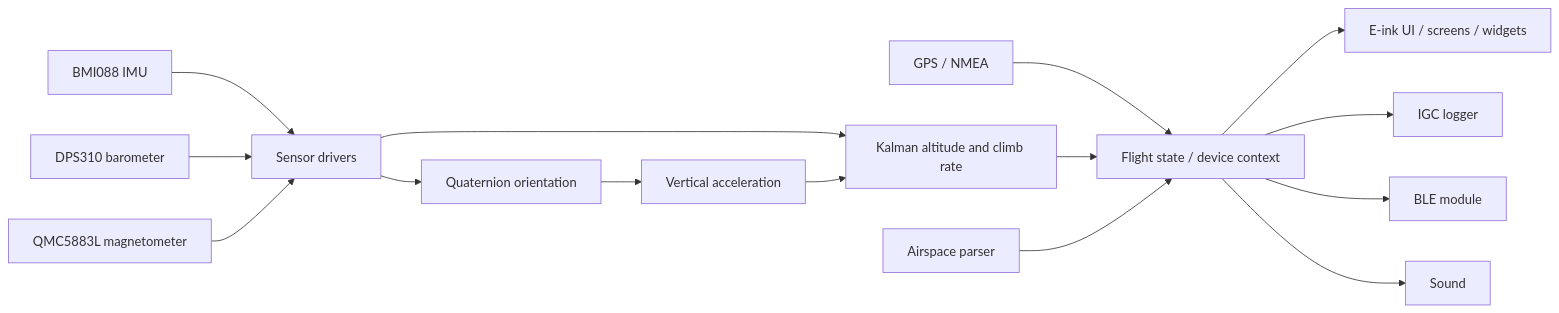
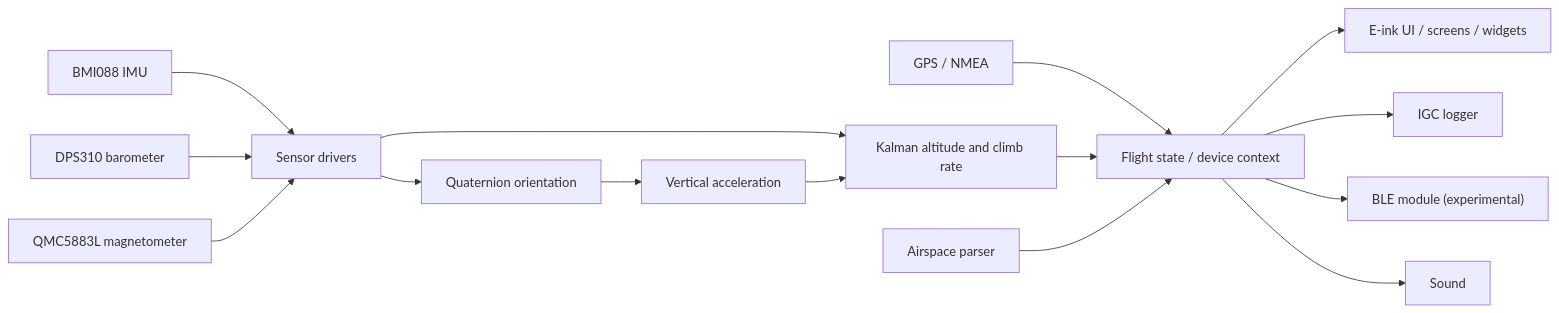
Before and after one commit to oiver12/VariometerV2: the diagram in README.md, drawn with Mermaid. The commit also changed other lines of this file and 44 other files, not shown here.

````diff
--- a/README.md
+++ b/README.md
@@ -52,17 +56,17 @@
 ```mermaid
 flowchart LR
     IMU["BMI088 IMU"] --> Drivers["Sensor drivers"]
     Baro["DPS310 barometer"] --> Drivers
     Mag["QMC5883L magnetometer"] --> Drivers
     Drivers --> Orientation["Quaternion orientation"]
     Orientation --> Acc["Vertical acceleration"]
     Drivers --> Kalman["Kalman altitude and climb rate"]
     Acc --> Kalman
     GPS["GPS / NMEA"] --> State["Flight state / device context"]
     Kalman --> State
     Airspace["Airspace parser"] --> State
     State --> UI["E-ink UI / screens / widgets"]
     State --> IGC["IGC logger"]
-    State --> BLE["BLE module"]
+    State --> BLE["BLE module (experimental)"]
     State --> Sound["Sound"]
 ```
````
